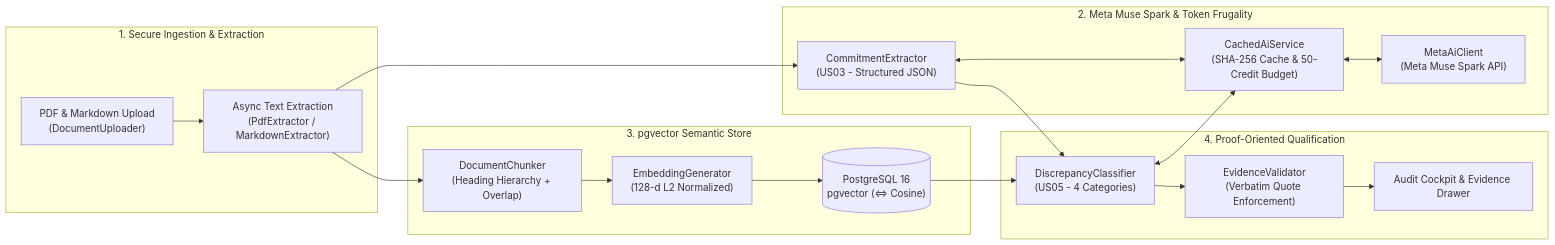
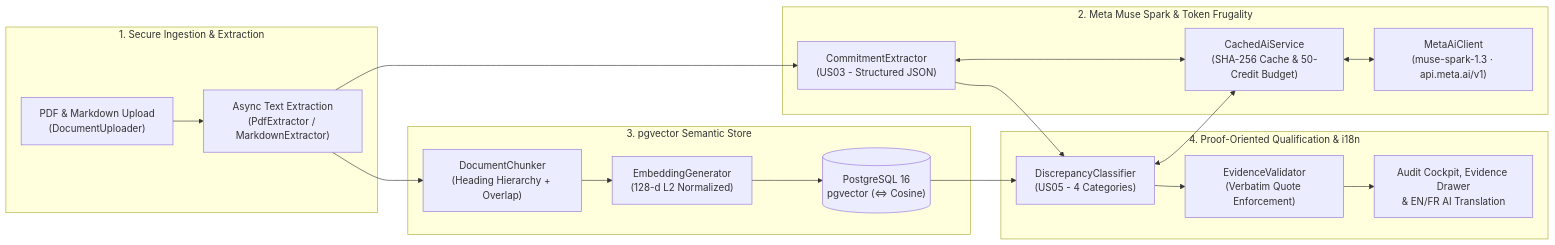
One commit to Gw3nhael51/promiseGap changed the diagram in README.md. Above: the diagram before and after it, drawn with Mermaid. The commit also changed other lines of this file and 1 other file, not shown here.

Commit message:
docs: update README.md and README_FR.md with CI badge, muse-spark-1.3 config, EN/FR i18n and sample PDFs

````diff
--- a/README.md
+++ b/README.md
@@ -35,26 +42,26 @@
 ```mermaid
 flowchart LR
     subgraph Ingestion["1. Secure Ingestion & Extraction"]
         U["PDF & Markdown Upload\n(DocumentUploader)"] --> E["Async Text Extraction\n(PdfExtractor / MarkdownExtractor)"]
     end
 
     subgraph AI["2. Meta Muse Spark & Token Frugality"]
         E --> CE["CommitmentExtractor\n(US03 - Structured JSON)"]
         CE <--> C["CachedAiService\n(SHA-256 Cache & 50-Credit Budget)"]
-        C <--> M["MetaAiClient\n(Meta Muse Spark API)"]
+        C <--> M["MetaAiClient\n(muse-spark-1.3 · api.meta.ai/v1)"]
     end
 
     subgraph RAG["3. pgvector Semantic Store"]
         E --> DC["DocumentChunker\n(Heading Hierarchy + Overlap)"]
         DC --> EG["EmbeddingGenerator\n(128-d L2 Normalized)"]
         EG --> PG[("PostgreSQL 16\npgvector (<=> Cosine)")]
     end
 
-    subgraph Qualification["4. Proof-Oriented Qualification"]
+    subgraph Qualification["4. Proof-Oriented Qualification & i18n"]
         CE --> DQ["DiscrepancyClassifier\n(US05 - 4 Categories)"]
         PG --> DQ
         DQ <--> C
         DQ --> EV["EvidenceValidator\n(Verbatim Quote Enforcement)"]
-        EV --> UI["Audit Cockpit & Evidence Drawer"]
+        EV --> UI["Audit Cockpit, Evidence Drawer\n& EN/FR AI Translation"]
     end
 ```
````
